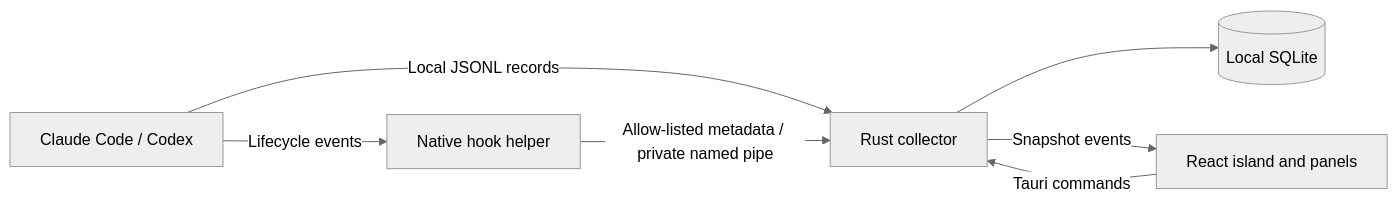
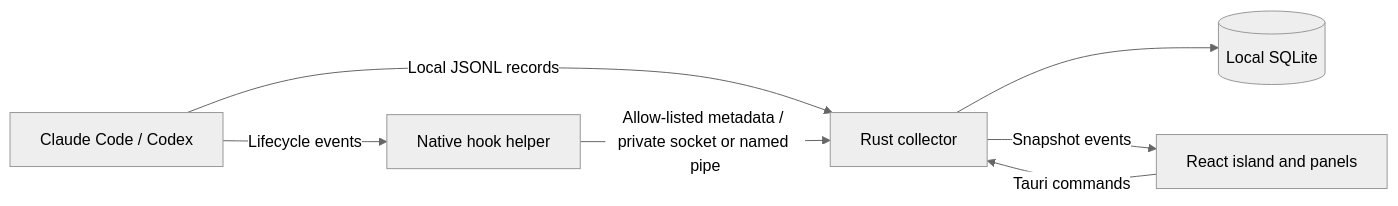
One commit to jacobbalane/Glim changed the diagram in docs/architecture.md. Above: the diagram before and after it, drawn with Mermaid (neutral theme). The commit also changed other lines of this file and 5 other files, not shown here.

````diff
--- a/docs/architecture.md
+++ b/docs/architecture.md
@@ -5,9 +5,9 @@
 ```mermaid
 flowchart LR
   A[Claude Code / Codex] -->|Lifecycle events| H[Native hook helper]
   A -->|Local JSONL records| C[Rust collector]
-  H -->|Allow-listed metadata / private named pipe| C
+  H -->|Allow-listed metadata / private socket or named pipe| C
   C --> D[(Local SQLite)]
   C -->|Snapshot events| I[React island and panels]
   I -->|Tauri commands| C
 ```
````
